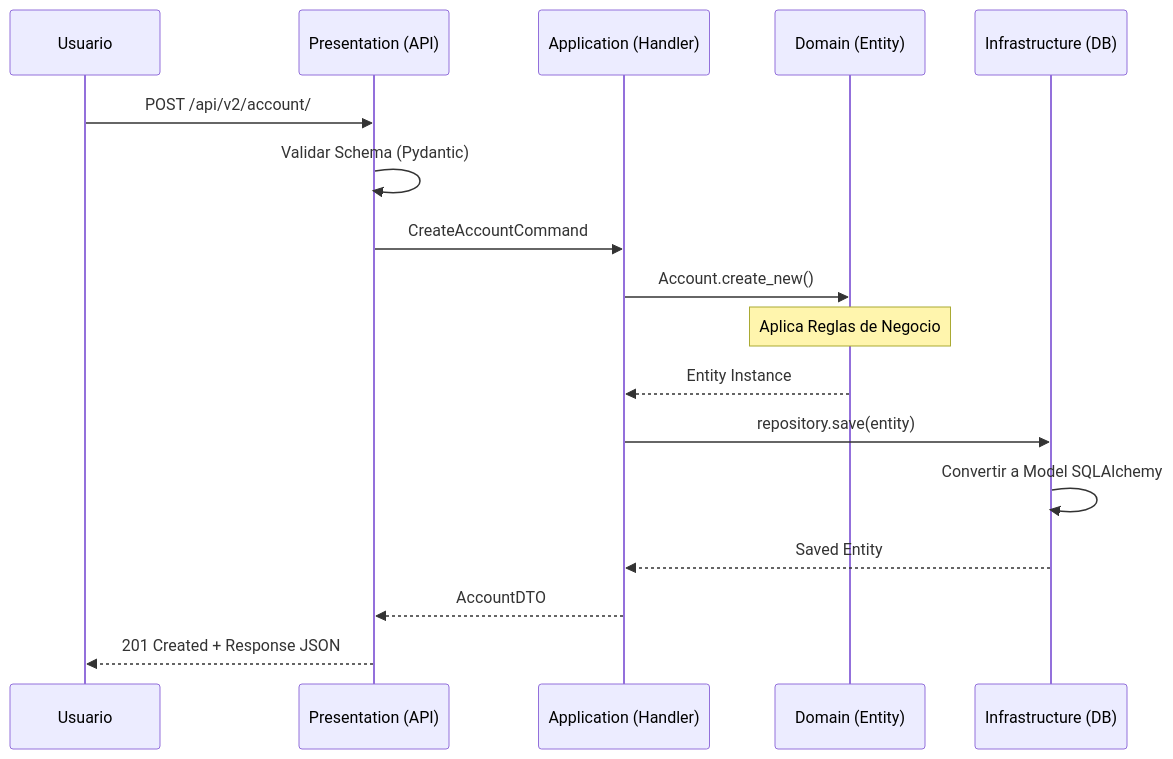
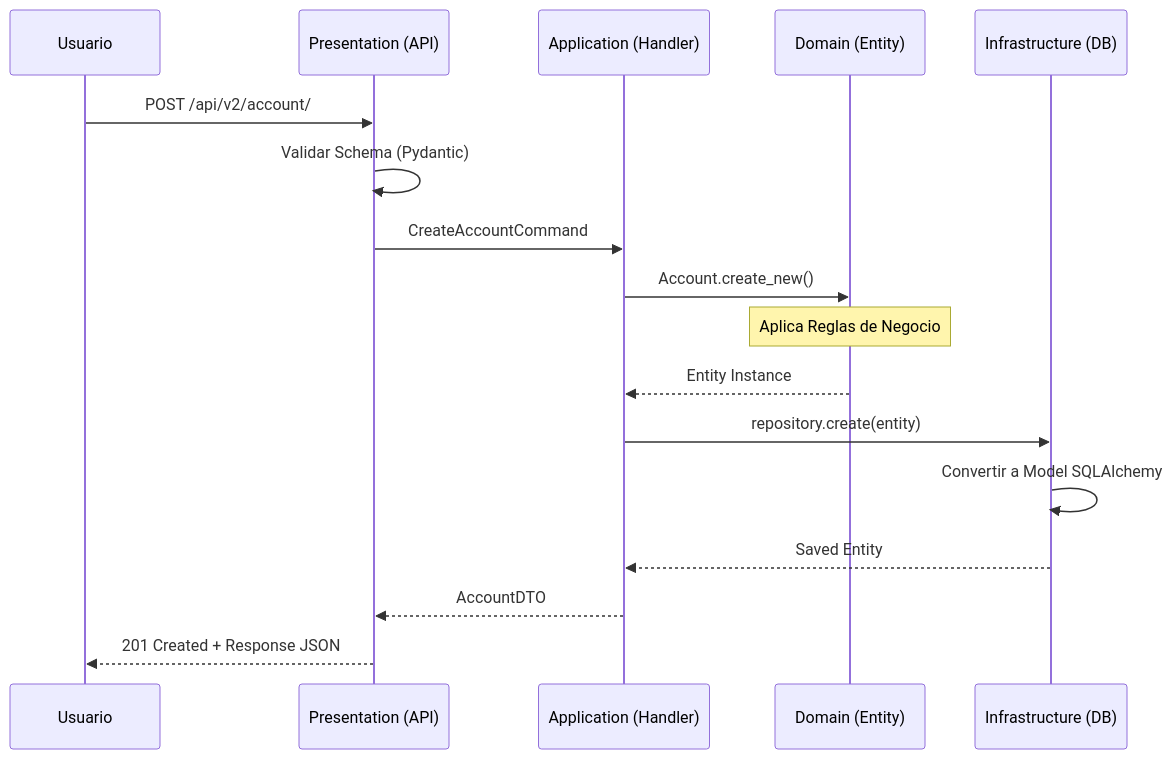
One commit to DiegoDG-01/LunanceIA changed the sixth of 8 diagrams in docs/ARCHITECTURE.md. Above: the diagram before and after it, drawn with Mermaid. The commit also changed other lines of this file and 13 other files, not shown here.

````diff
--- a/docs/ARCHITECTURE.md
+++ b/docs/ARCHITECTURE.md
@@ -339,23 +360,23 @@
 ```mermaid
 sequenceDiagram
     participant U as Usuario
     participant P as Presentation (API)
     participant A as Application (Handler)
     participant D as Domain (Entity)
     participant I as Infrastructure (DB)
 
     U->>P: POST /api/v2/account/
     P->>P: Validar Schema (Pydantic)
     P->>A: CreateAccountCommand
 
     A->>D: Account.create_new()
     Note over D: Aplica Reglas de Negocio
     D-->>A: Entity Instance
 
-    A->>I: repository.save(entity)
+    A->>I: repository.create(entity)
     I->>I: Convertir a Model SQLAlchemy
     I-->>A: Saved Entity
 
     A-->>P: AccountDTO
     P-->>U: 201 Created + Response JSON
 ```
````
